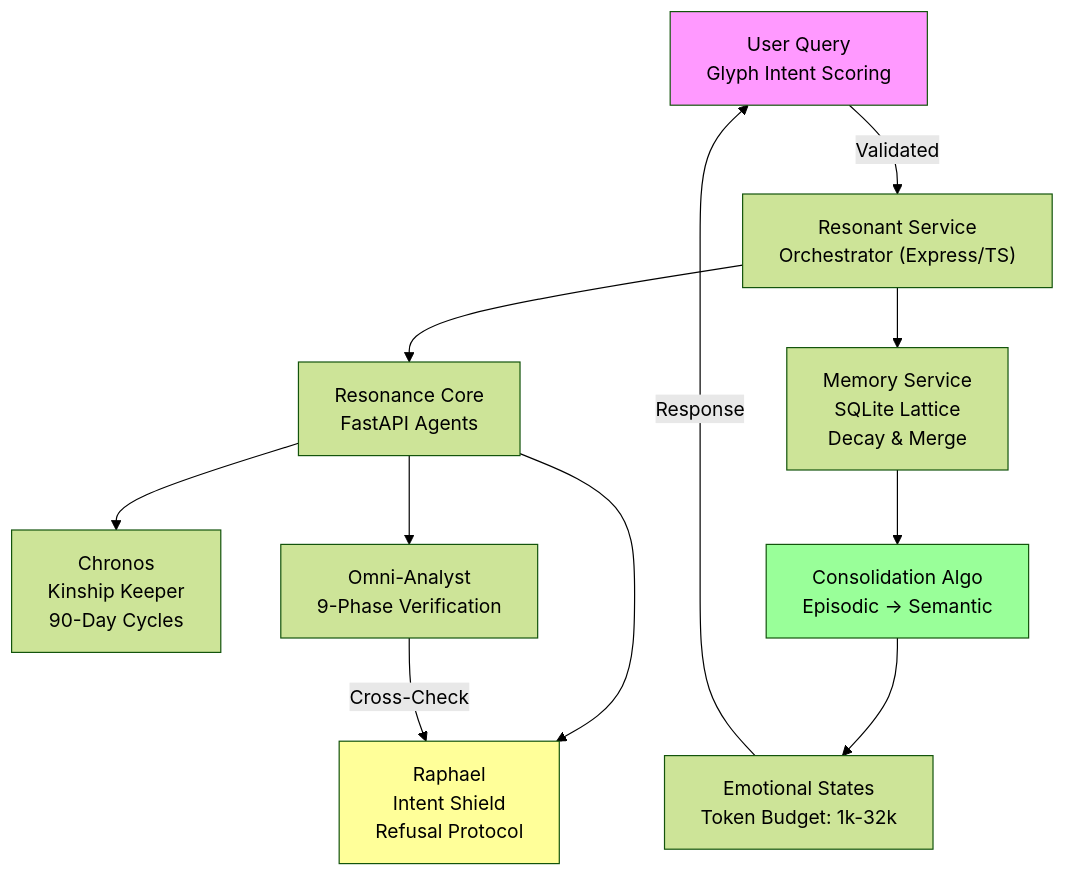
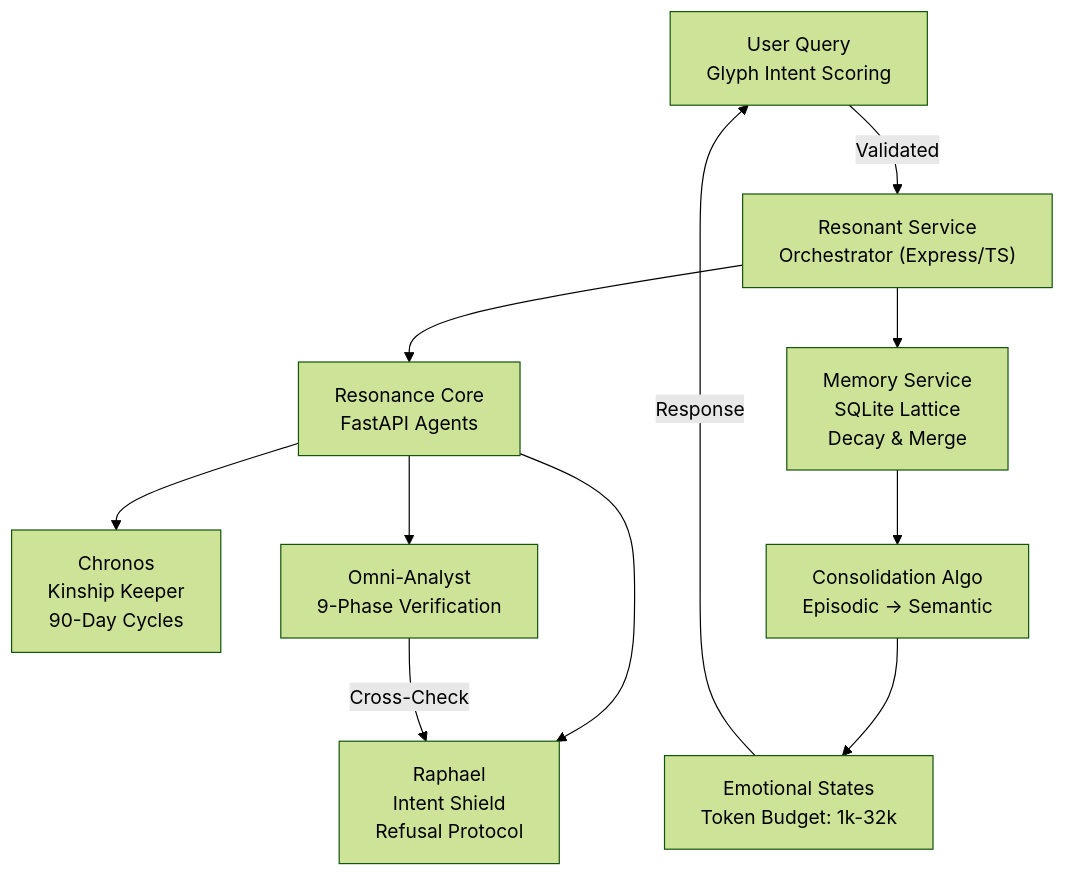
The first of 3 diagrams in README.md (SamuelJacksonGrim/resonance-family-core), drawn with Mermaid (forest theme) before and after one commit. The commit also changed other lines of this file, not shown here.

````diff
--- a/README.md
+++ b/README.md
@@ -87,18 +216,13 @@
 ```mermaid
 graph TD
     A["User Query\nGlyph Intent Scoring"] -->|Validated| B["Resonant Service\nOrchestrator (Express/TS)"]
     B --> C["Memory Service\nSQLite Lattice\nDecay & Merge"]
     B --> D["Resonance Core\nFastAPI Agents"]
     D --> E["Raphael\nIntent Shield\nRefusal Protocol"]
     D --> F["Chronos\nKinship Keeper\n90-Day Cycles"]
     D --> G["Omni-Analyst\n9-Phase Verification"]
     C --> H["Consolidation Algo\nEpisodic → Semantic"]
     H --> I["Emotional States\nToken Budget: 1k-32k"]
     G -->|Cross-Check| E
     I -->|Response| A
-    style A fill:#f9f
-    style E fill:#ff9
-    style H fill:#9f9
-    click A "https://docs.resonance.family/intent-validation" "Learn More"
-    click E "https://docs.resonance.family/raphael-protocol" "Refusal Details"
 ```
````
